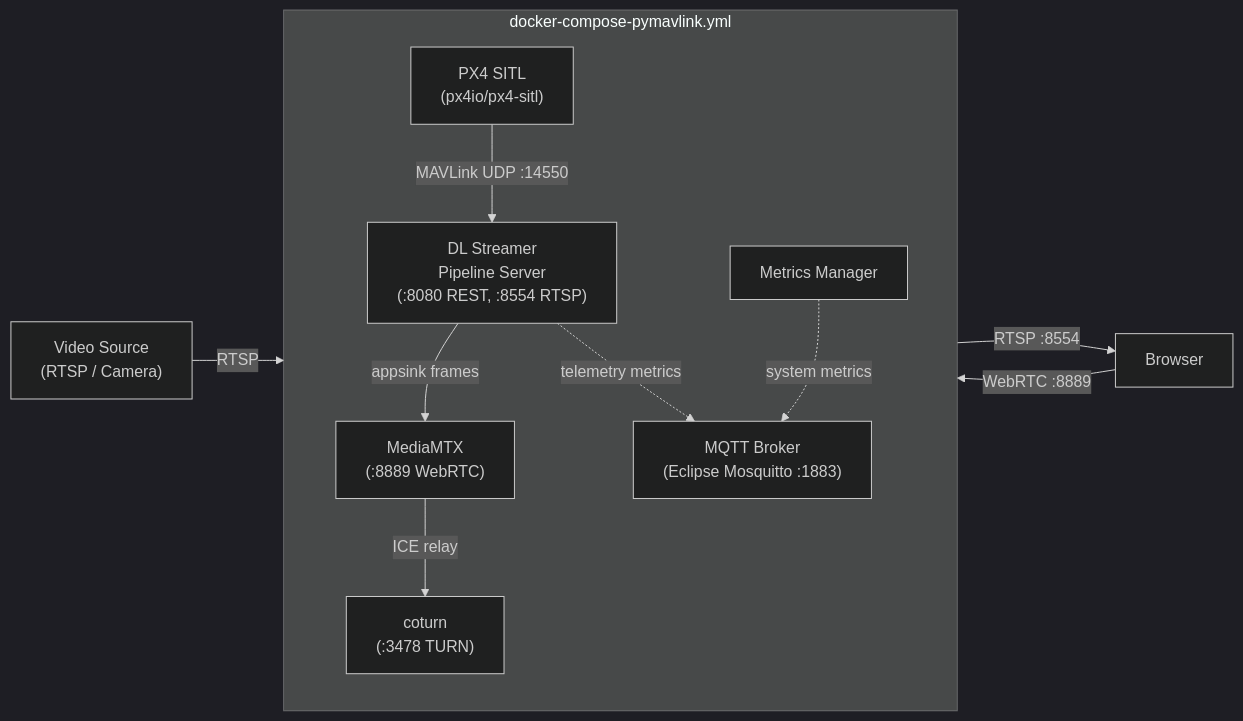
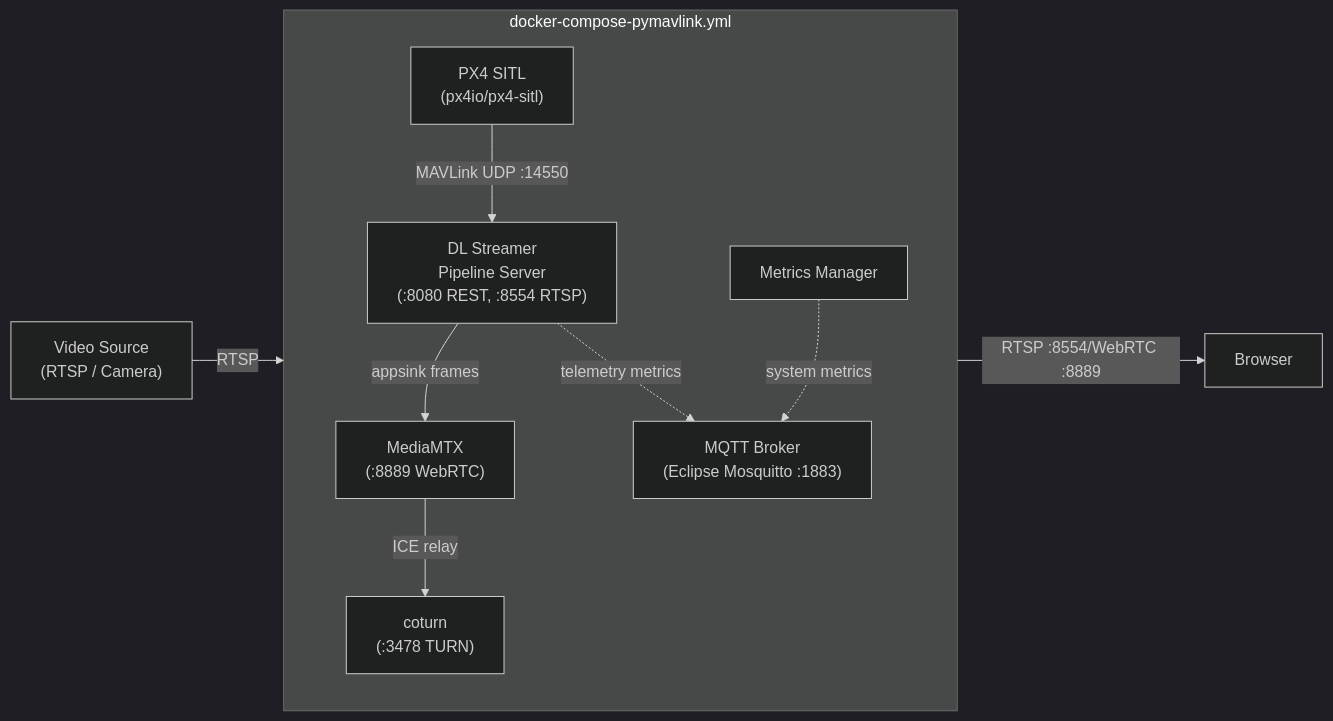
Before and after one commit to open-edge-platform/edge-ai-suites: the first of 4 diagrams in federal-aerospace/docs/uav-vision-analytics/overview.md, drawn with Mermaid (dark theme).

Commit message:
[FedAero] Update system diagrams

````diff
--- a/federal-aerospace/docs/uav-vision-analytics/overview.md
+++ b/federal-aerospace/docs/uav-vision-analytics/overview.md
@@ -20,23 +20,22 @@
 ```mermaid
 flowchart LR
     subgraph Standalone["docker-compose-pymavlink.yml"]
         direction TB
 
         PX4["PX4 SITL\n(px4io/px4-sitl)"]
         BROKER["MQTT Broker\n(Eclipse Mosquitto :1883)"]
         DLSPS["DL Streamer\nPipeline Server\n(:8080 REST, :8554 RTSP)"]
         MTX["MediaMTX\n(:8889 WebRTC)"]
         TURN["coturn\n(:3478 TURN)"]
         MM["Metrics Manager"]
 
         PX4 -->|"MAVLink UDP :14550"| DLSPS
         DLSPS -->|"appsink frames"| MTX
         MTX -->|"ICE relay"| TURN
         DLSPS -.->|"telemetry metrics"| BROKER
         MM -.->|"system metrics"| BROKER
     end
 
     VIDEO["Video Source\n(RTSP / Camera)"] -->|"RTSP"| DLSPS
-    DLSPS -->|"RTSP :8554"| CLIENT["Browser"]
-    CLIENT -->|"WebRTC :8889"| MTX
+    DLSPS -->|"RTSP :8554/WebRTC :8889"| CLIENT["Browser"]
 ```
````
